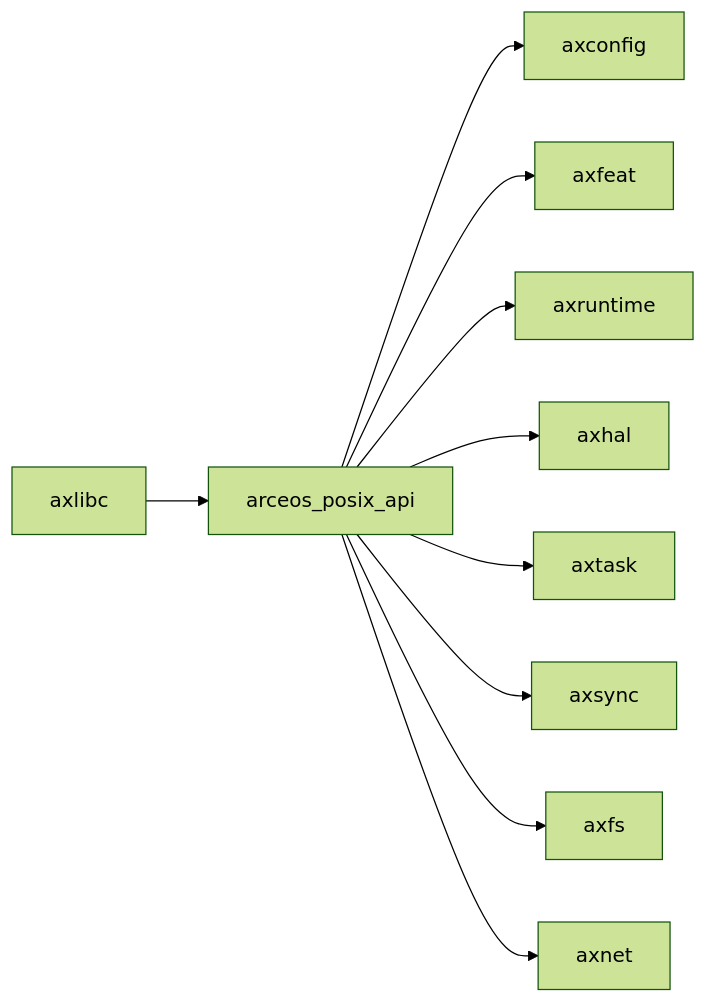
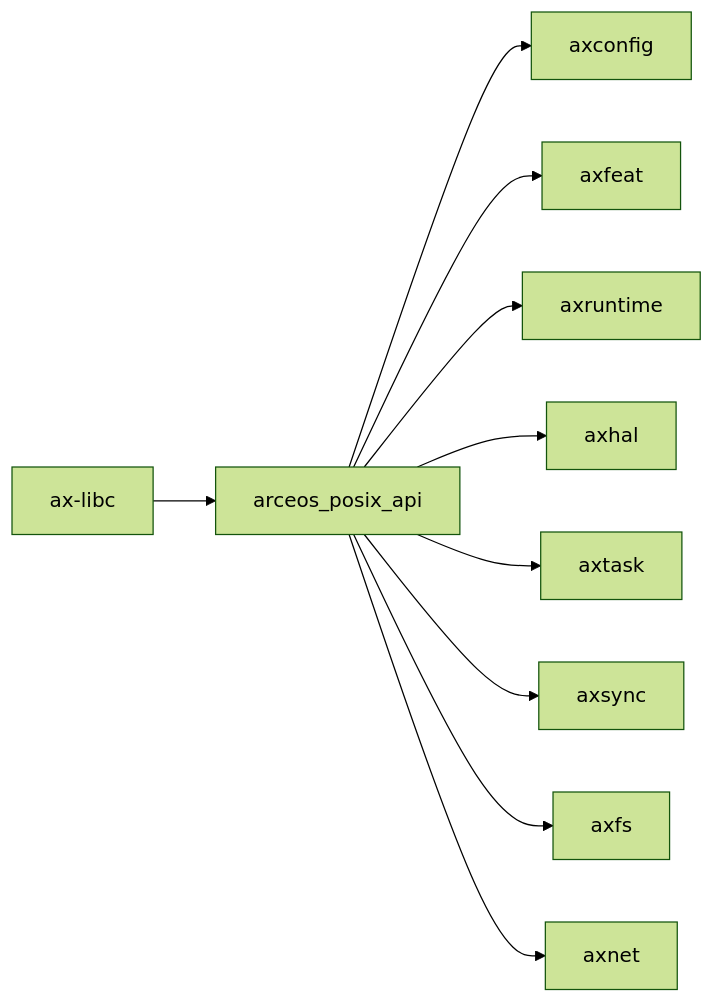
Before and after one commit to zKurisu/tgoskits: the second of 2 diagrams in docs/crates/arceos_posix_api.md, drawn with Mermaid (forest theme). The commit also changed other lines of this file and 45 other files, not shown here.

Commit message:
rename axlibc to ax-libc and complete doc migration

````diff
--- a/docs/crates/arceos_posix_api.md
+++ b/docs/crates/arceos_posix_api.md
@@ -133,12 +133,12 @@
 ```mermaid
 graph LR
-    axlibc["axlibc"] --> posix["arceos_posix_api"]
+    ax-libc["ax-libc"] --> posix["arceos_posix_api"]
     posix --> axconfig["axconfig"]
     posix --> axfeat["axfeat"]
     posix --> axruntime["axruntime"]
     posix --> axhal["axhal"]
     posix --> axtask["axtask"]
     posix --> axsync["axsync"]
     posix --> axfs["axfs"]
     posix --> axnet["axnet"]
 ```
````
